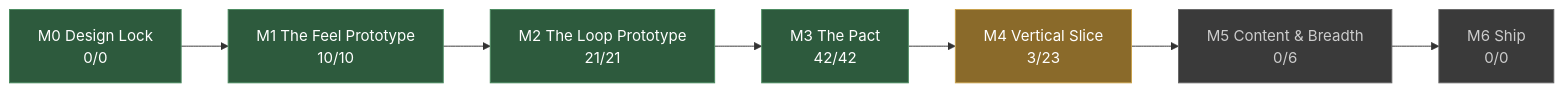
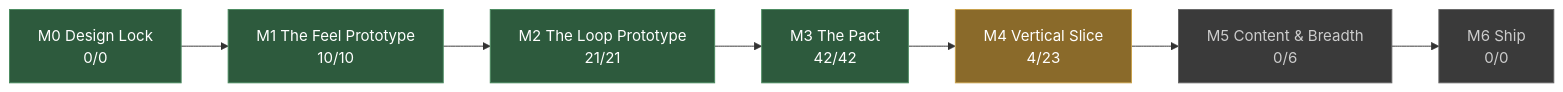
Before and after one commit to JoshuaGessner/she: the diagram in docs/STATUS.md, drawn with Mermaid. The commit also changed other lines of this file and 8 other files, not shown here.

````diff
--- a/docs/STATUS.md
+++ b/docs/STATUS.md
@@ -13,19 +13,19 @@
 ```mermaid
 flowchart LR
   M0["M0 Design Lock<br/>0/0"]:::passed
   M1["M1 The Feel Prototype<br/>10/10"]:::passed
   M0 --> M1
   M2["M2 The Loop Prototype<br/>21/21"]:::passed
   M1 --> M2
   M3["M3 The Pact<br/>42/42"]:::passed
   M2 --> M3
-  M4["M4 Vertical Slice<br/>3/23"]:::current
+  M4["M4 Vertical Slice<br/>4/23"]:::current
   M3 --> M4
   M5["M5 Content & Breadth<br/>0/6"]:::ahead
   M4 --> M5
   M6["M6 Ship<br/>0/0"]:::ahead
   M5 --> M6
   classDef passed fill:#2d5a3d,stroke:#4a8a5f,color:#fff
   classDef current fill:#8a6a2a,stroke:#c8a04a,color:#fff
   classDef ahead fill:#3a3a3a,stroke:#666,color:#ccc
 ```
````
